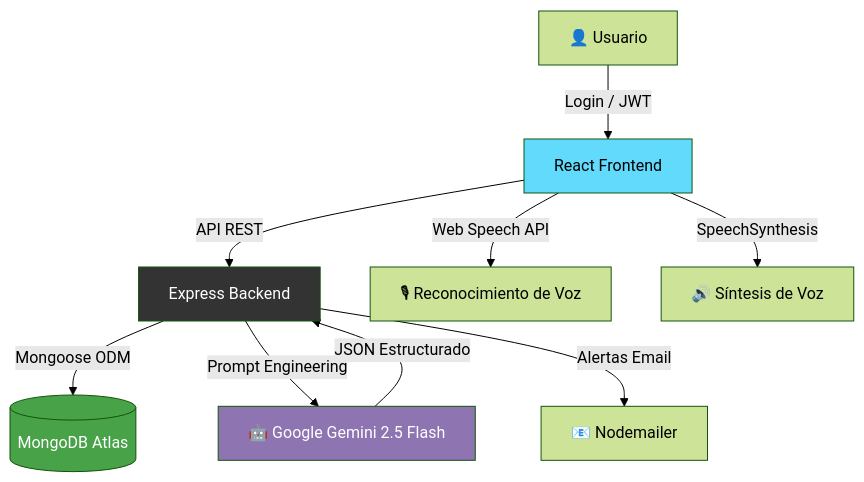
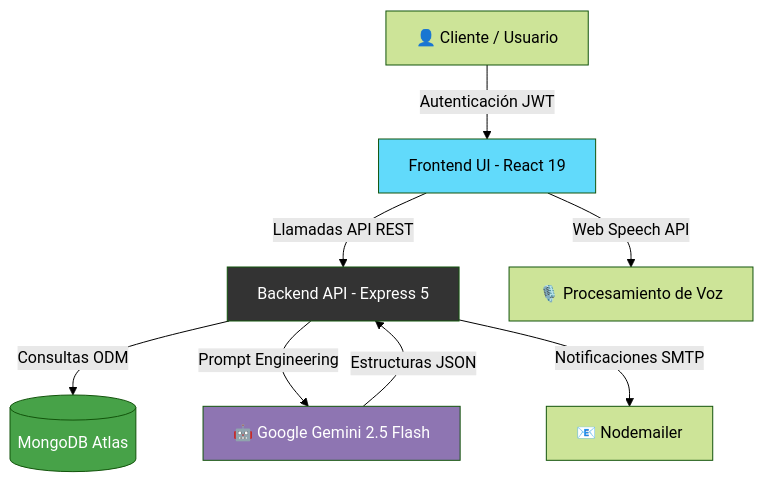
The diagram in README.md (LuisPozole/Inventory_360), drawn with Mermaid (forest theme) before and after one commit. The commit also changed other lines of this file, not shown here.

````diff
--- a/README.md
+++ b/README.md
@@ -222,16 +65,15 @@
 ```mermaid
 graph TD
-    A[👤 Usuario] -->|Login / JWT| B[React Frontend]
-    B -->|API REST| C[Express Backend]
-    C -->|Mongoose ODM| D[(MongoDB Atlas)]
+    A[👤 Cliente / Usuario] -->|Autenticación JWT| B[Frontend UI - React 19]
+    B -->|Llamadas API REST| C[Backend API - Express 5]
+    C -->|Consultas ODM| D[(MongoDB Atlas)]
     C -->|Prompt Engineering| E[🤖 Google Gemini 2.5 Flash]
-    E -->|JSON Estructurado| C
-    C -->|Alertas Email| F[📧 Nodemailer]
-    B -->|Web Speech API| G[🎙 Reconocimiento de Voz]
-    B -->|SpeechSynthesis| H[🔊 Síntesis de Voz]
+    E -->|Estructuras JSON| C
+    C -->|Notificaciones SMTP| F[📧 Nodemailer]
+    B -->|Web Speech API| G[🎙️ Procesamiento de Voz]
     
     style E fill:#8E75B2,color:#fff
     style D fill:#47A248,color:#fff
     style B fill:#61DAFB,color:#000
     style C fill:#333,color:#fff
 ```
````
